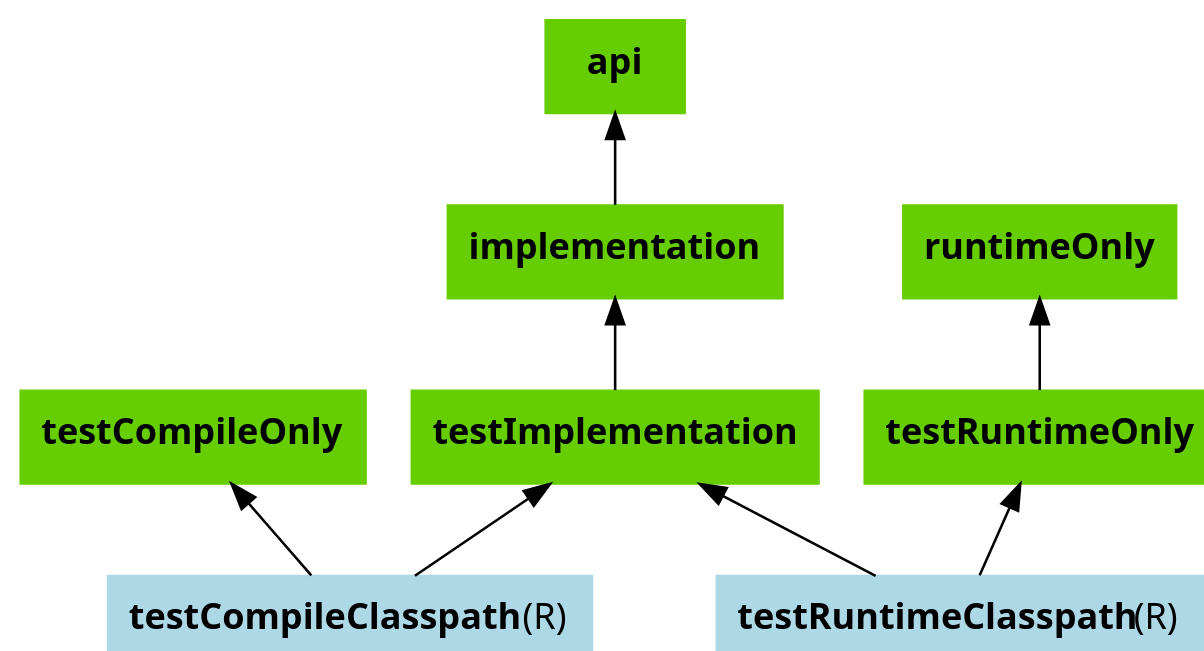
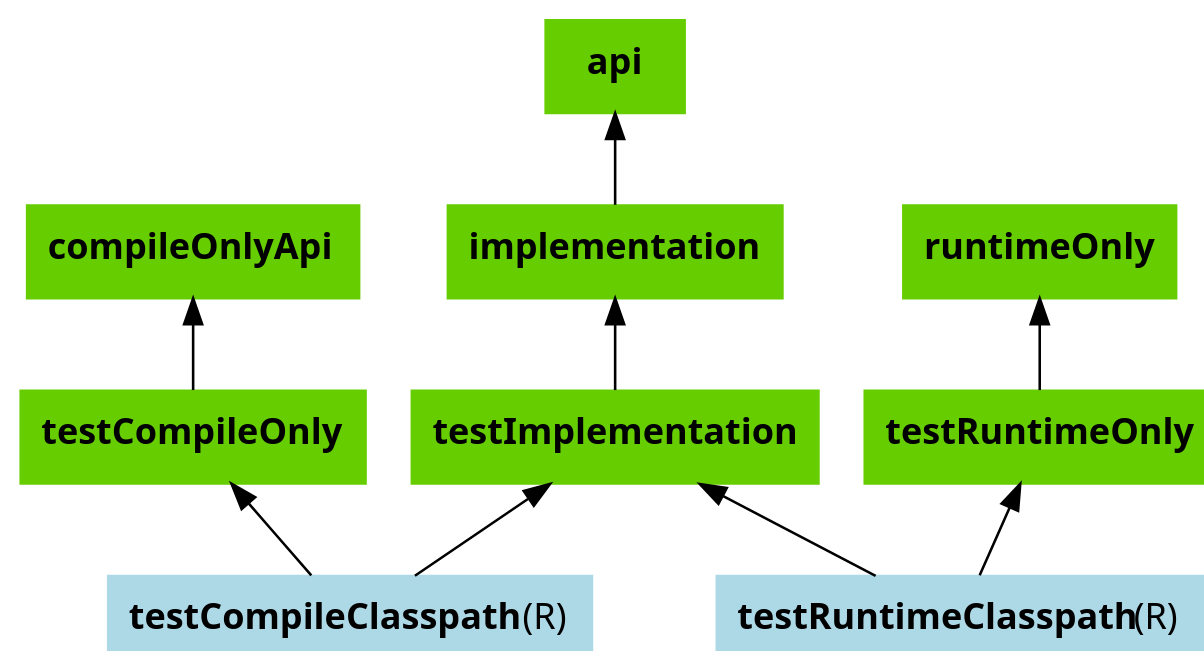
The diagram in subprojects/docs/src/docs/userguide/img/java-library-ignore-deprecated-test.dot (gradle/gradle), drawn with Graphviz before and after one commit. The commit also changed 5 other files, not shown here.

First line of the commit message:
Make 'testCompileClasspath' extend 'compileOnlyApi'

```diff
--- a/subprojects/docs/src/docs/userguide/img/java-library-ignore-deprecated-test.dot
+++ b/subprojects/docs/src/docs/userguide/img/java-library-ignore-deprecated-test.dot
@@ -1,26 +1,29 @@
 digraph configurations {
     rankdir = BT;
    graph [ dpi = 100, fontname="Sans"];
    node [fontname = "Sans"];
    edge [fontname = "Sans"];
 
    "api" [shape="box", label=<<B>api</B>>, color="chartreuse3", bgcolor="chartreuse3", style="filled"]
+
+   "compileOnlyApi" [shape="box", label=<<B>compileOnlyApi</B>>, color="chartreuse3", bgcolor="chartreuse3", style="filled"]
 
    "implementation" [shape="box", label=<<B>implementation</B>>, color="chartreuse3", bgcolor="chartreuse3", style="filled"]
    "implementation" -> "api"
 
    "runtimeOnly" [shape="box", label=<<B>runtimeOnly</B>>, color="chartreuse3", bgcolor="chartreuse3", style="filled"]
 
    "testCompileClasspath" [shape="box", label=<<B>testCompileClasspath</B>(R)>, color="lightblue", bgcolor="lightblue", style="filled"]
    "testCompileClasspath" -> "testCompileOnly"
    "testCompileOnly" [shape="box", label=<<B>testCompileOnly</B>>, color="chartreuse3", bgcolor="chartreuse3", style="filled"]
+   "testCompileOnly" -> "compileOnlyApi"
    "testCompileClasspath" -> "testImplementation"
    "testImplementation" [shape="box", label=<<B>testImplementation</B>>, color="chartreuse3", bgcolor="chartreuse3", style="filled"]
    "testImplementation" -> "implementation"
 
    "testRuntimeClasspath" [shape="box", label=<<B>testRuntimeClasspath</B>(R)>, color="lightblue", bgcolor="lightblue", style="filled"]
    "testRuntimeClasspath" -> "testRuntimeOnly"
    "testRuntimeOnly" [shape="box", label=<<B>testRuntimeOnly</B>>, color="chartreuse3", bgcolor="chartreuse3", style="filled"]
    "testRuntimeOnly" -> "runtimeOnly"
    "testRuntimeClasspath" -> "testImplementation"
 }
```
